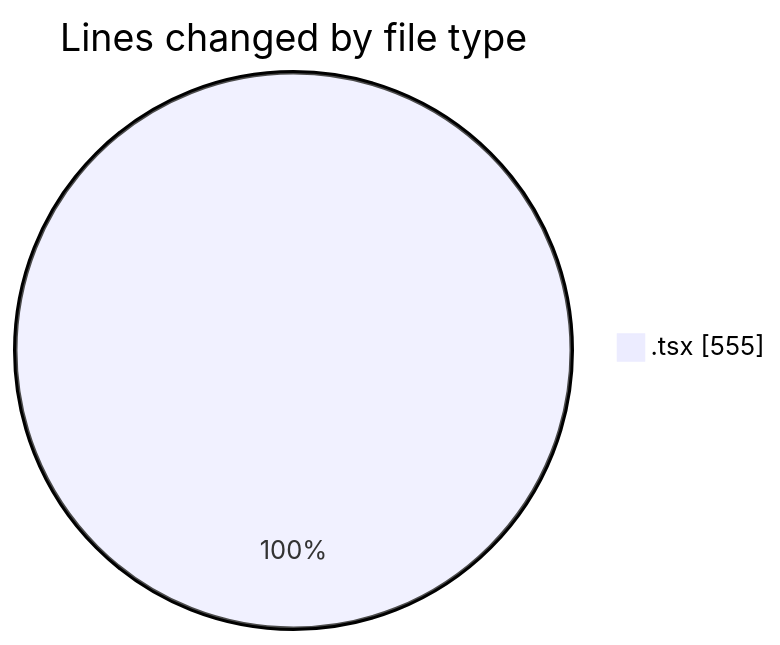
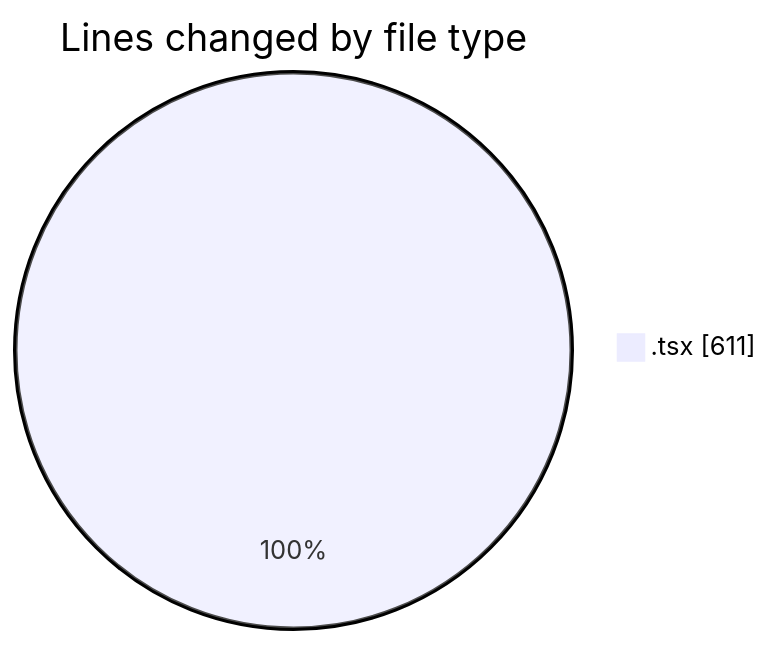
One commit to nxtqubesakshisongat/code-tracking changed the first of 2 diagrams in 2026-04-19/airfeed-analytics-dashboard/README.md. Above: the diagram before and after it, drawn with Mermaid. The commit also changed other lines of this file and 1 other file, not shown here.

````diff
--- a/2026-04-19/airfeed-analytics-dashboard/README.md
+++ b/2026-04-19/airfeed-analytics-dashboard/README.md
@@ -21,5 +21,5 @@
 ```mermaid
 pie showData
 title Lines changed by file type
-".tsx" : 555
+".tsx" : 611
 ```
````
